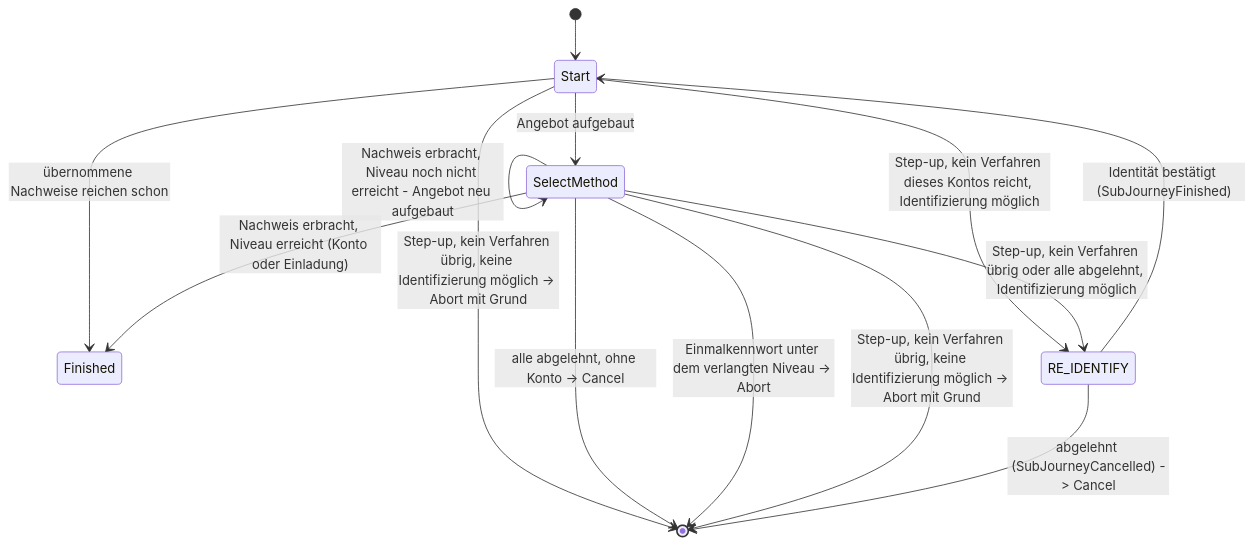
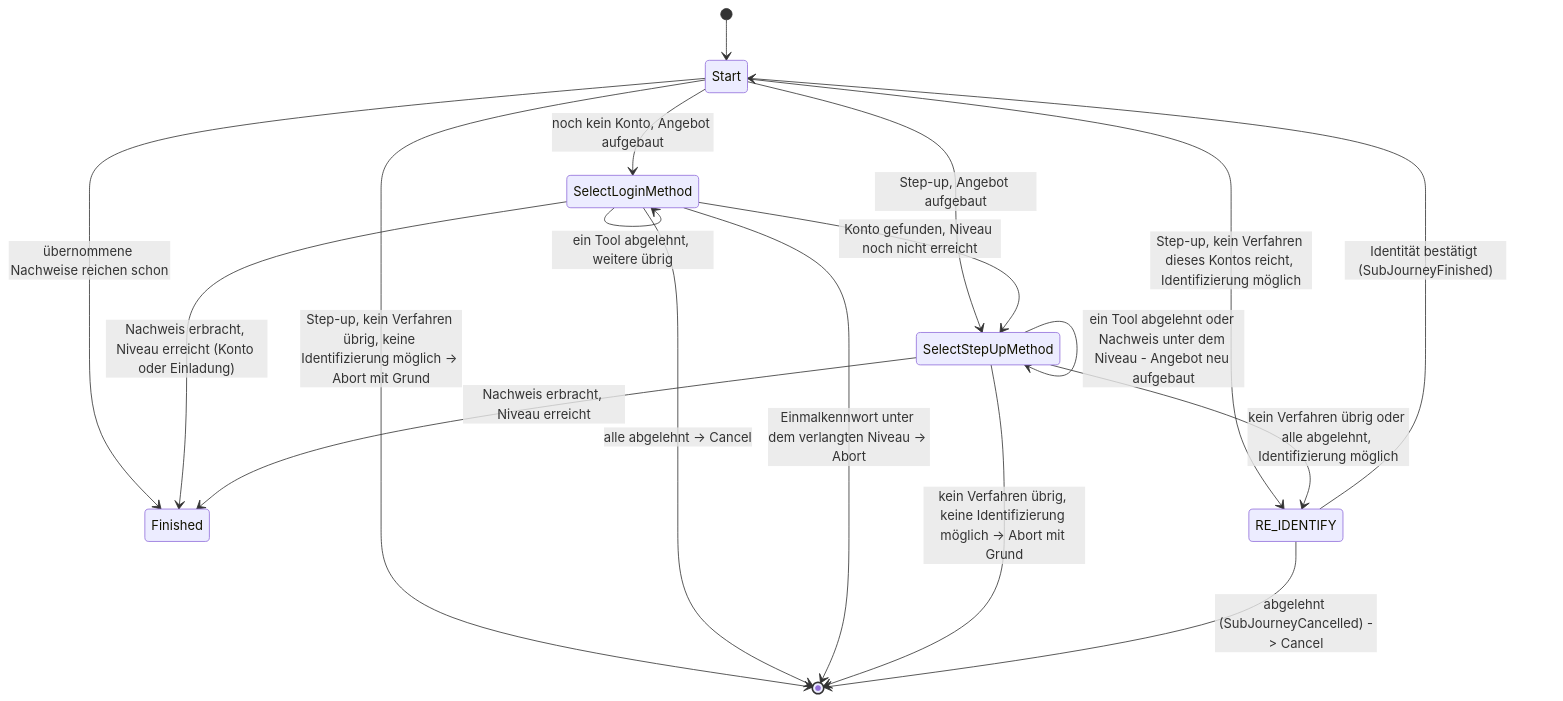
Before and after one commit to rpreissel/identity-demo: the diagram in docs/journeys/web-select-method.md, drawn with Mermaid. The commit also changed other lines of this file and 10 other files, not shown here.

First line of the commit message:
WEB_SELECT_METHOD: SelectLoginMethod und SelectStepUpMethod statt Boolean

````diff
--- a/docs/journeys/web-select-method.md
+++ b/docs/journeys/web-select-method.md
@@ -26,17 +26,20 @@
 ```mermaid
 stateDiagram-v2
   [*] --> Start
   Start --> Finished: übernommene Nachweise reichen schon
-  Start --> SelectMethod: Angebot aufgebaut
+  Start --> SelectLoginMethod: noch kein Konto, Angebot aufgebaut
+  Start --> SelectStepUpMethod: Step-up, Angebot aufgebaut
   Start --> RE_IDENTIFY: Step-up, kein Verfahren dieses Kontos reicht, Identifizierung möglich
   Start --> [*]: Step-up, kein Verfahren übrig, keine Identifizierung möglich -> Abort mit Grund
-  SelectMethod --> SelectMethod: ein Tool abgelehnt, weitere übrig
-  SelectMethod --> SelectMethod: Nachweis erbracht, Niveau noch nicht erreicht - Angebot neu aufgebaut
-  SelectMethod --> [*]: alle abgelehnt, ohne Konto -> Cancel
-  SelectMethod --> [*]: Einmalkennwort unter dem verlangten Niveau -> Abort
-  SelectMethod --> Finished: Nachweis erbracht, Niveau erreicht (Konto oder Einladung)
-  SelectMethod --> RE_IDENTIFY: Step-up, kein Verfahren übrig oder alle abgelehnt, Identifizierung möglich
-  SelectMethod --> [*]: Step-up, kein Verfahren übrig, keine Identifizierung möglich -> Abort mit Grund
+  SelectLoginMethod --> SelectLoginMethod: ein Tool abgelehnt, weitere übrig
+  SelectLoginMethod --> [*]: alle abgelehnt -> Cancel
+  SelectLoginMethod --> [*]: Einmalkennwort unter dem verlangten Niveau -> Abort
+  SelectLoginMethod --> Finished: Nachweis erbracht, Niveau erreicht (Konto oder Einladung)
+  SelectLoginMethod --> SelectStepUpMethod: Konto gefunden, Niveau noch nicht erreicht
+  SelectStepUpMethod --> SelectStepUpMethod: ein Tool abgelehnt oder Nachweis unter dem Niveau - Angebot neu aufgebaut
+  SelectStepUpMethod --> Finished: Nachweis erbracht, Niveau erreicht
+  SelectStepUpMethod --> RE_IDENTIFY: kein Verfahren übrig oder alle abgelehnt, Identifizierung möglich
+  SelectStepUpMethod --> [*]: kein Verfahren übrig, keine Identifizierung möglich -> Abort mit Grund
   RE_IDENTIFY --> Start: Identität bestätigt (SubJourneyFinished)
   RE_IDENTIFY --> [*]: abgelehnt (SubJourneyCancelled) -> Cancel
 ```
````
